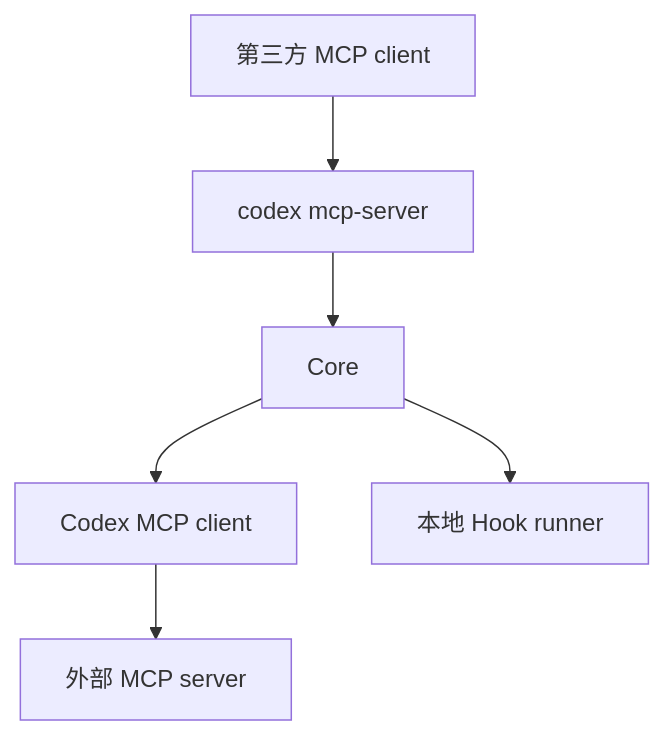
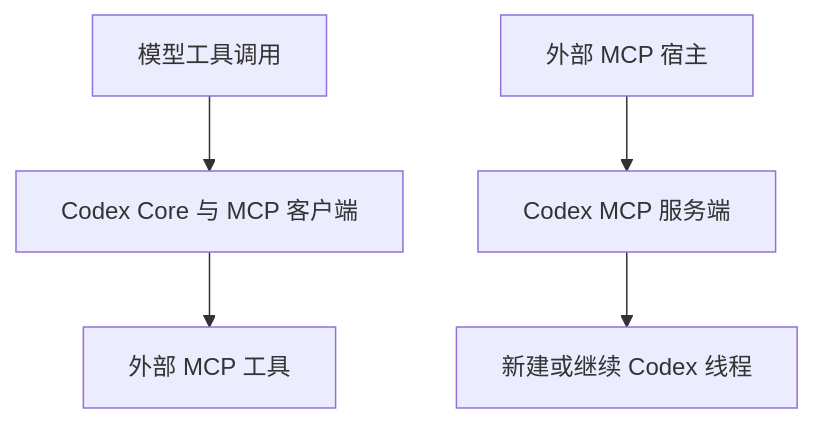
Before and after one commit to GLBB/codex: the diagram in wiki/protocols/mcp-hooks.md, drawn with Mermaid. The commit also changed other lines of this file and 28 other files, not shown here.

````diff
--- a/wiki/protocols/mcp-hooks.md
+++ b/wiki/protocols/mcp-hooks.md
@@ -16,8 +47,7 @@
 ```mermaid
 graph TB
-    C["Core"] --> O["Codex MCP client"]
-    O --> B["外部 MCP server"]
-    X["第三方 MCP client"] --> S["codex mcp-server"]
-    S --> C
-    C --> H["本地 Hook runner"]
+    M["模型工具调用"] --> C["Codex Core 与 MCP 客户端"]
+    C --> E["外部 MCP 工具"]
+    H["外部 MCP 宿主"] --> S["Codex MCP 服务端"]
+    S --> T["新建或继续 Codex 线程"]
 ```
````
